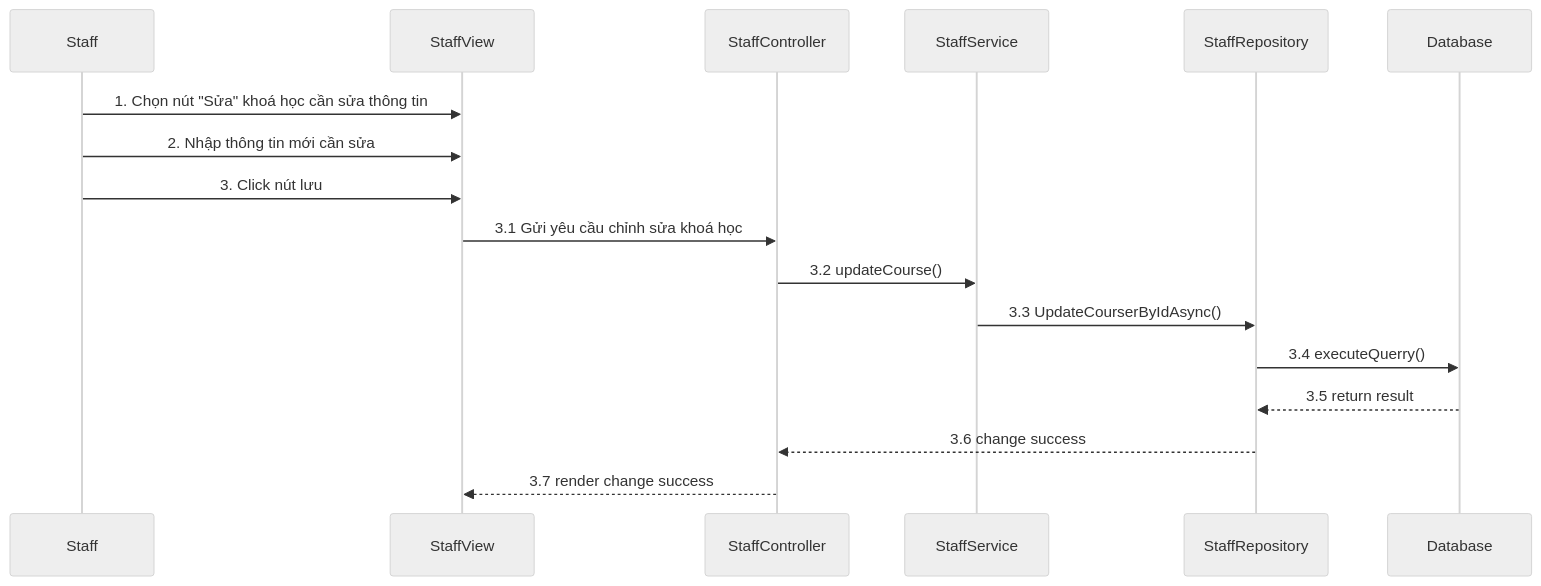
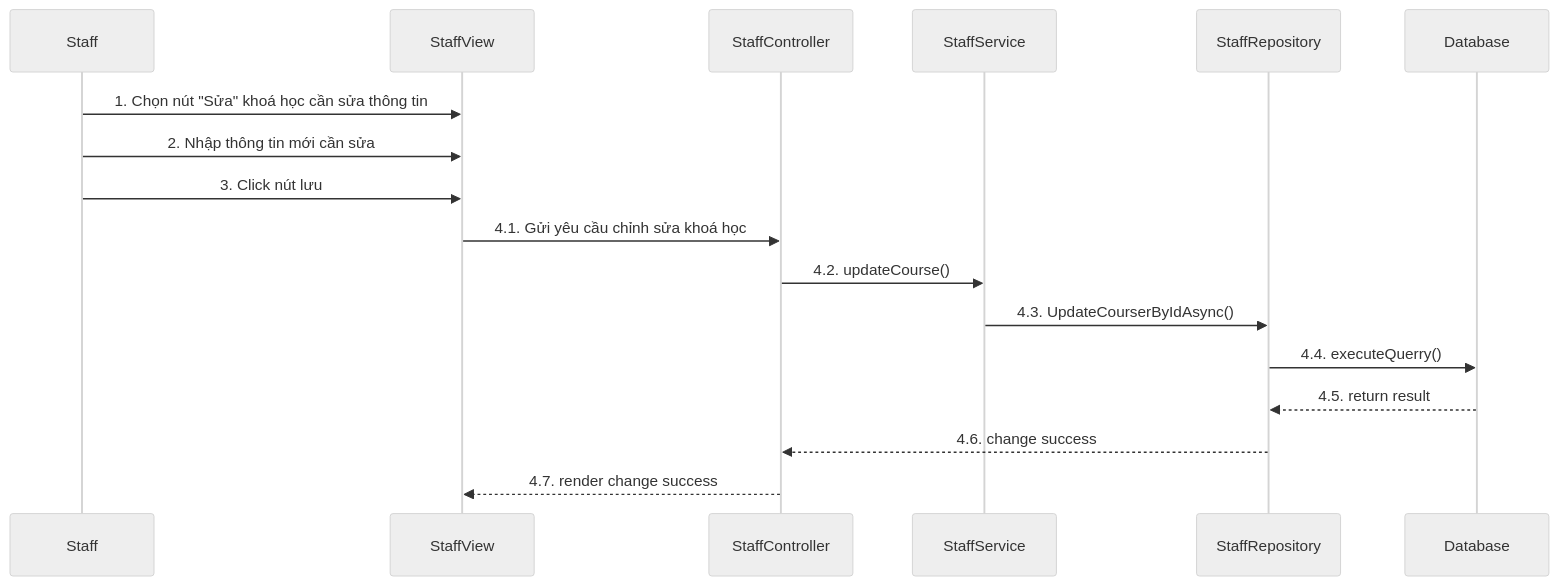
Before and after one commit to LienNTB/sequence-CNPM: the diagram in sequence/staff/Sequence-2-2.CapNhatKhoaHoc.mmd, drawn with Mermaid (neutral theme). The commit also changed other lines of this file and 6 other files, not shown here.

```diff
--- a/sequence/staff/Sequence-2-2.CapNhatKhoaHoc.mmd
+++ b/sequence/staff/Sequence-2-2.CapNhatKhoaHoc.mmd
@@ -1,23 +1,23 @@
 %%# chỉnh sửa khoá học
 
 sequenceDiagram
     participant Staff
     participant StaffView
     participant StaffController
     participant StaffService
     participant StaffRepository
     participant Database
 
-    Staff->>StaffView:  1. Chọn nút "Sửa" khoá học cần sửa thông tin
+    Staff->>StaffView: 1. Chọn nút "Sửa" khoá học cần sửa thông tin
 
     Staff->>StaffView: 2. Nhập thông tin mới cần sửa
     Staff->>StaffView: 3. Click nút lưu
-    StaffView->>StaffController: 3.1 Gửi yêu cầu chỉnh sửa khoá học
-    StaffController->>StaffService: 3.2 updateCourse()
-    StaffService->>StaffRepository: 3.3 UpdateCourserByIdAsync()
-    StaffRepository->>Database: 3.4 executeQuerry()
+    StaffView->>StaffController: 4.1. Gửi yêu cầu chỉnh sửa khoá học
+    StaffController->>StaffService: 4.2. updateCourse()
+    StaffService->>StaffRepository: 4.3. UpdateCourserByIdAsync()
+    StaffRepository->>Database: 4.4. executeQuerry()
 
     
-    Database-->>StaffRepository: 3.5 return result
-    StaffRepository-->>StaffController: 3.6 change success
-    StaffController-->>StaffView: 3.7 render change success
+    Database-->>StaffRepository: 4.5. return result
+    StaffRepository-->>StaffController: 4.6. change success
+    StaffController-->>StaffView: 4.7. render change success
```
